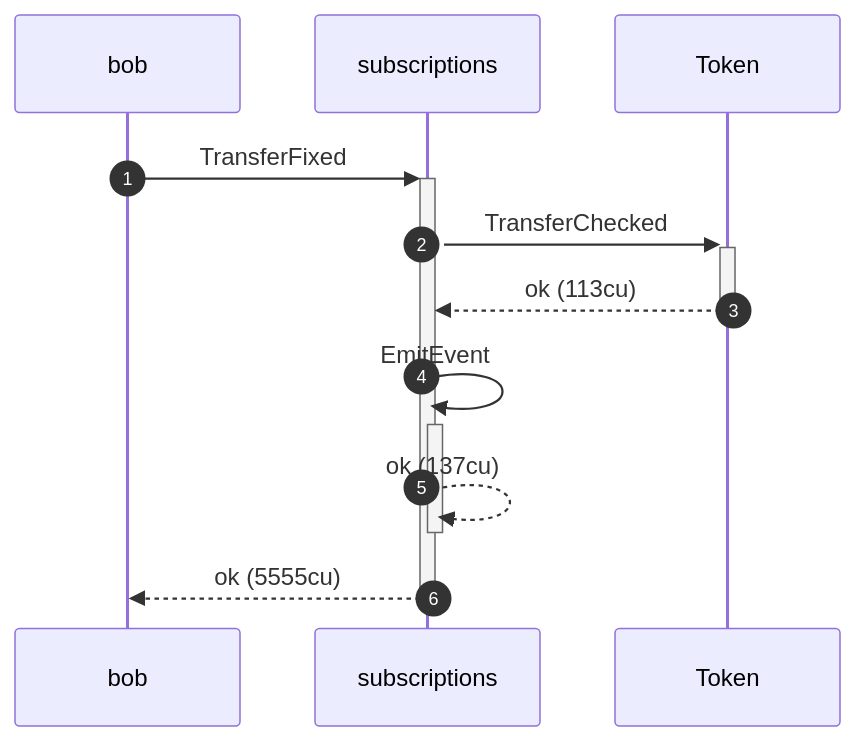
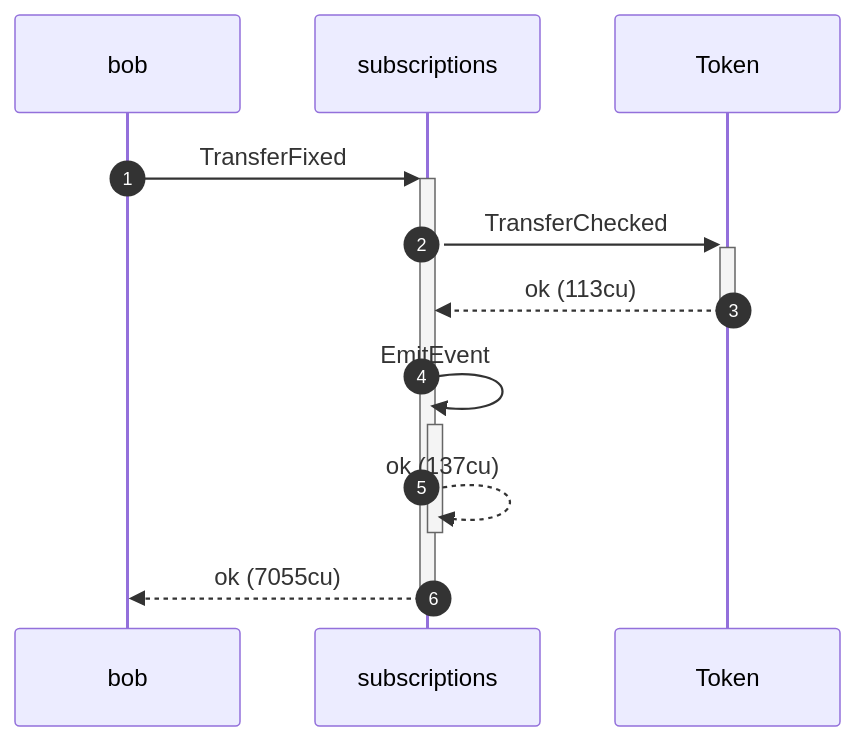
Before and after one commit to cds-rs/subscriptions: the tenth of 12 diagrams in dsl_tests/fixed-transfer-succeeds.md, drawn with Mermaid. The commit also changed other lines of this file and 224 other files, not shown here.

````diff
--- a/dsl_tests/fixed-transfer-succeeds.md
+++ b/dsl_tests/fixed-transfer-succeeds.md
@@ -195,13 +204,13 @@
 ```mermaid
 sequenceDiagram
     autonumber
     participant bob
     participant subscriptions
     participant Token
     bob ->>+ subscriptions: TransferFixed
     subscriptions ->>+ Token: TransferChecked
     Token -->>- subscriptions: ok (113cu)
     subscriptions ->>+ subscriptions: EmitEvent
     subscriptions -->>- subscriptions: ok (137cu)
-    subscriptions -->>- bob: ok (5555cu)
+    subscriptions -->>- bob: ok (7055cu)
 ```
````
